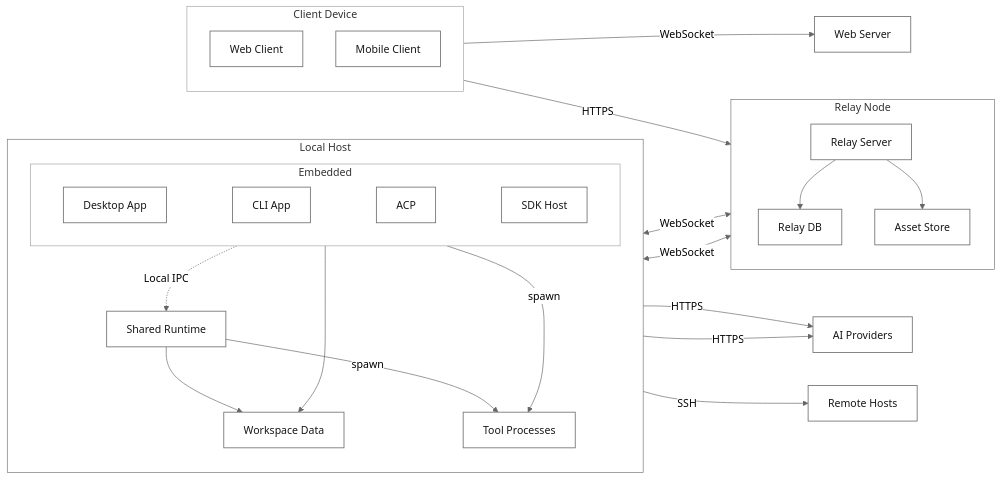
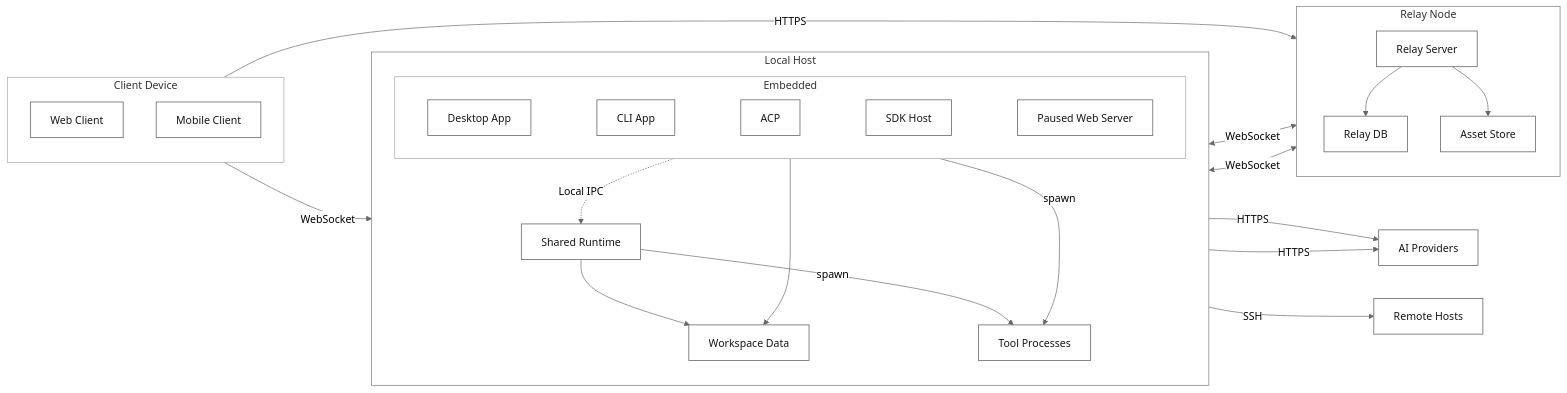
Before and after one commit to GCWing/BitFun: the fourth of 13 diagrams in docs/architecture/product-architecture.md, drawn with Mermaid (neutral theme). The commit also changed other lines of this file and 33 other files, not shown here.

First line of the commit message:
perf(server): narrow app-server feature closures

````diff
--- a/docs/architecture/product-architecture.md
+++ b/docs/architecture/product-architecture.md
@@ -309,53 +309,51 @@
 ```mermaid
 flowchart LR
   subgraph LocalHost["Local Host"]
     direction TB
     subgraph EmbeddedNodes["Embedded"]
       direction LR
-      DesktopApp["Desktop App"] ~~~ CLIApp["CLI App"] ~~~ ACPApp["ACP"] ~~~ SDKHost["SDK Host"]
+      DesktopApp["Desktop App"] ~~~ CLIApp["CLI App"] ~~~ ACPApp["ACP"] ~~~ SDKHost["SDK Host"] ~~~ PausedWebServer["Paused Web Server"]
     end
     SharedRuntime["Shared Runtime"]
     WorkspaceData["Workspace Data"]
     ToolProcesses["Tool Processes"]
   end
 
   subgraph UserDevice["Client Device"]
     direction TB
     WebClient["Web Client"]
     MobileClient["Mobile Client"]
   end
 
-  WebServer["Web Server"]
-
   subgraph RelayHost["Relay Node"]
     direction TB
     RelayServer["Relay Server"]
     RelayDB["Relay DB"]
     AssetStore["Asset Store"]
   end
 
   AIProviders["AI Providers"]
   RemoteHosts["Remote Hosts"]
 
-  WebClient -->|WebSocket| WebServer
+  WebClient -->|WebSocket| PausedWebServer
   MobileClient -->|HTTPS| RelayServer
   DesktopApp <-->|WebSocket| RelayServer
   CLIApp <-->|WebSocket| RelayServer
   CLIApp -.->|Local IPC| SharedRuntime
   RelayServer --> RelayDB
   RelayServer --> AssetStore
   EmbeddedNodes --> WorkspaceData
   SharedRuntime --> WorkspaceData
   EmbeddedNodes -->|spawn| ToolProcesses
   SharedRuntime -->|spawn| ToolProcesses
   EmbeddedNodes -->|HTTPS| AIProviders
   SharedRuntime -->|HTTPS| AIProviders
   DesktopApp -->|SSH| RemoteHosts
 
   classDef unit fill:#ffffff,stroke:#737373,stroke-width:1.3px,color:#171717;
-  class DesktopApp,CLIApp,ACPApp,SDKHost,SharedRuntime,WorkspaceData,ToolProcesses,WebClient,MobileClient,WebServer,RelayServer,RelayDB,AssetStore,AIProviders,RemoteHosts unit;
+  class DesktopApp,CLIApp,ACPApp,SDKHost,PausedWebServer,SharedRuntime,WorkspaceData,ToolProcesses,WebClient,MobileClient,RelayServer,RelayDB,AssetStore,AIProviders,RemoteHosts unit;
   style LocalHost fill:#ffffff,stroke:#737373;
   style EmbeddedNodes fill:#ffffff,stroke:#a3a3a3;
   style UserDevice fill:#ffffff,stroke:#a3a3a3;
   style RelayHost fill:#ffffff,stroke:#737373;
 ```
````
